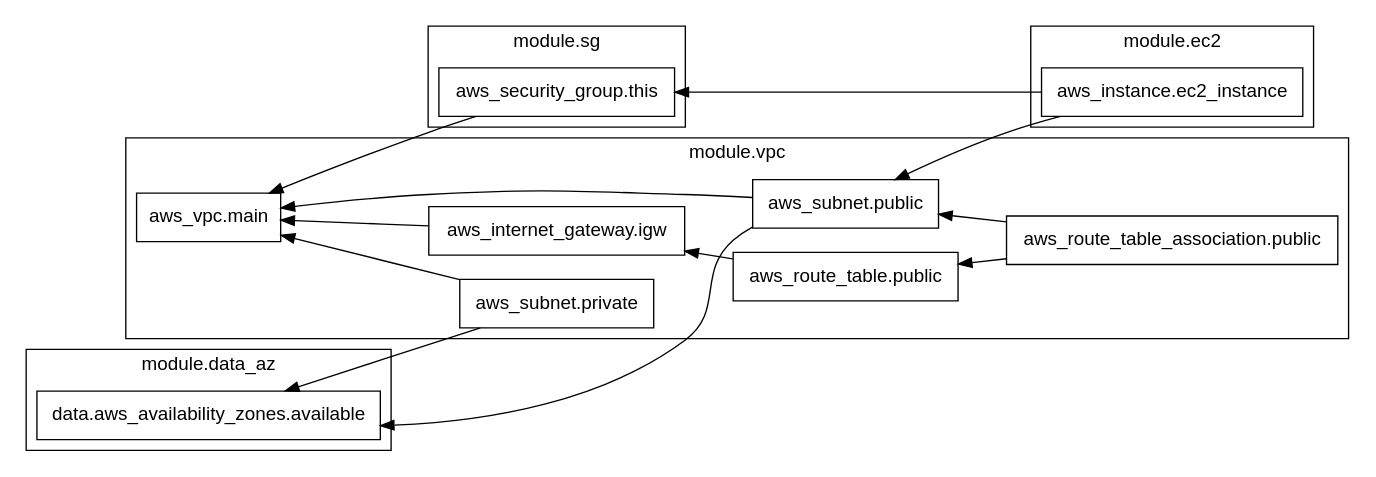
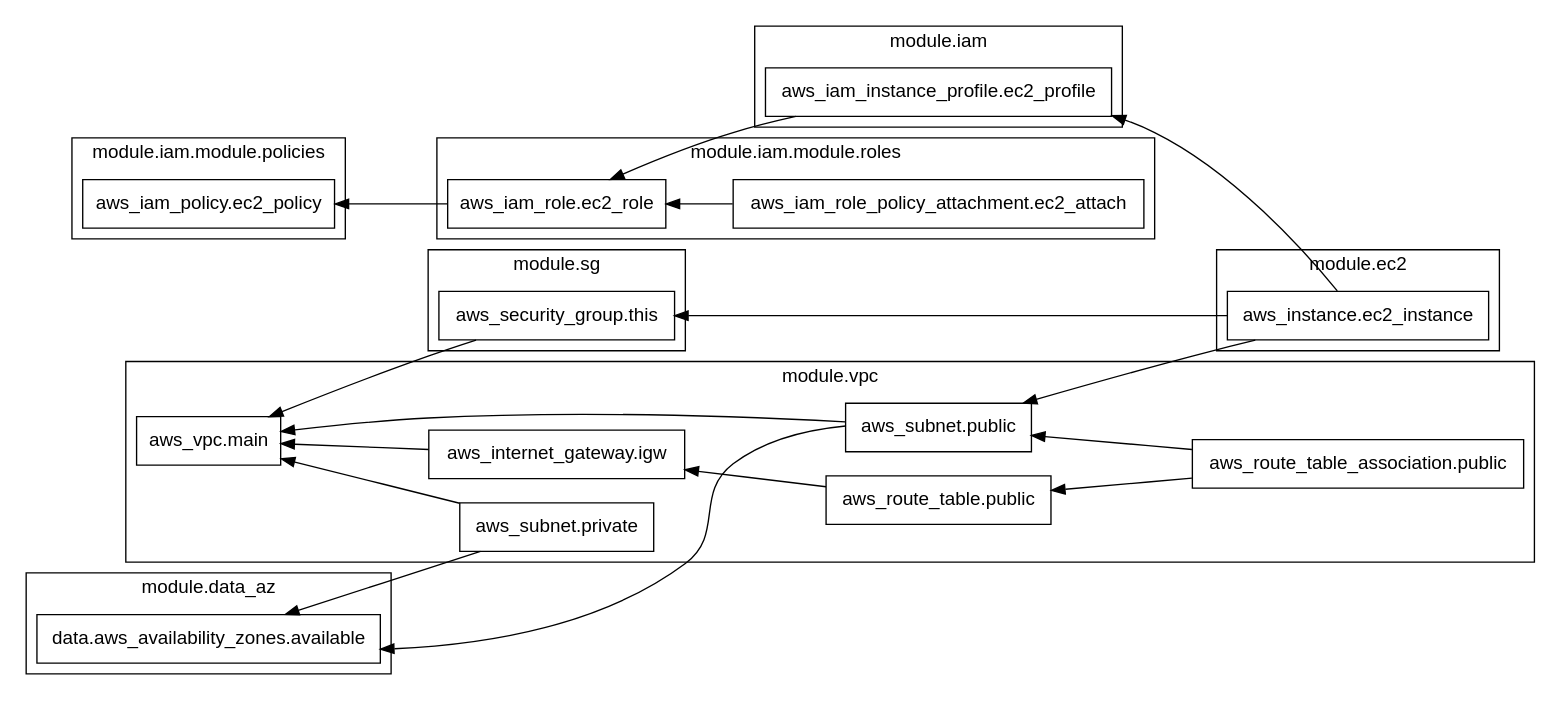
Before and after one commit to umarbkh/terraform-cicd: the diagram in graph.dot, drawn with Graphviz. The commit also changed 17 other files, not shown here.

Commit message:
adding iam/roles/policy modules

```diff
--- a/graph.dot
+++ b/graph.dot
@@ -1,40 +1,60 @@
 digraph G {
   rankdir = "RL";
   node [shape = rect, fontname = "sans-serif"];
   subgraph "cluster_module.data_az" {
     label = "module.data_az"
     fontname = "sans-serif"
     "module.data_az.data.aws_availability_zones.available" [label="data.aws_availability_zones.available"];
   }
   subgraph "cluster_module.ec2" {
     label = "module.ec2"
     fontname = "sans-serif"
     "module.ec2.aws_instance.ec2_instance" [label="aws_instance.ec2_instance"];
+  }
+  subgraph "cluster_module.iam" {
+    label = "module.iam"
+    fontname = "sans-serif"
+    "module.iam.aws_iam_instance_profile.ec2_profile" [label="aws_iam_instance_profile.ec2_profile"];
+  }
+  subgraph "cluster_module.iam.module.policies" {
+    label = "module.iam.module.policies"
+    fontname = "sans-serif"
+    "module.iam.module.policies.aws_iam_policy.ec2_policy" [label="aws_iam_policy.ec2_policy"];
+  }
+  subgraph "cluster_module.iam.module.roles" {
+    label = "module.iam.module.roles"
+    fontname = "sans-serif"
+    "module.iam.module.roles.aws_iam_role.ec2_role" [label="aws_iam_role.ec2_role"];
+    "module.iam.module.roles.aws_iam_role_policy_attachment.ec2_attach" [label="aws_iam_role_policy_attachment.ec2_attach"];
   }
   subgraph "cluster_module.sg" {
     label = "module.sg"
     fontname = "sans-serif"
     "module.sg.aws_security_group.this" [label="aws_security_group.this"];
   }
   subgraph "cluster_module.vpc" {
     label = "module.vpc"
     fontname = "sans-serif"
     "module.vpc.aws_internet_gateway.igw" [label="aws_internet_gateway.igw"];
     "module.vpc.aws_route_table.public" [label="aws_route_table.public"];
     "module.vpc.aws_route_table_association.public" [label="aws_route_table_association.public"];
     "module.vpc.aws_subnet.private" [label="aws_subnet.private"];
     "module.vpc.aws_subnet.public" [label="aws_subnet.public"];
     "module.vpc.aws_vpc.main" [label="aws_vpc.main"];
   }
+  "module.ec2.aws_instance.ec2_instance" -> "module.iam.aws_iam_instance_profile.ec2_profile";
   "module.ec2.aws_instance.ec2_instance" -> "module.sg.aws_security_group.this";
   "module.ec2.aws_instance.ec2_instance" -> "module.vpc.aws_subnet.public";
+  "module.iam.aws_iam_instance_profile.ec2_profile" -> "module.iam.module.roles.aws_iam_role.ec2_role";
+  "module.iam.module.roles.aws_iam_role.ec2_role" -> "module.iam.module.policies.aws_iam_policy.ec2_policy";
+  "module.iam.module.roles.aws_iam_role_policy_attachment.ec2_attach" -> "module.iam.module.roles.aws_iam_role.ec2_role";
   "module.sg.aws_security_group.this" -> "module.vpc.aws_vpc.main";
   "module.vpc.aws_internet_gateway.igw" -> "module.vpc.aws_vpc.main";
   "module.vpc.aws_route_table.public" -> "module.vpc.aws_internet_gateway.igw";
   "module.vpc.aws_route_table_association.public" -> "module.vpc.aws_route_table.public";
   "module.vpc.aws_route_table_association.public" -> "module.vpc.aws_subnet.public";
   "module.vpc.aws_subnet.private" -> "module.data_az.data.aws_availability_zones.available";
   "module.vpc.aws_subnet.private" -> "module.vpc.aws_vpc.main";
   "module.vpc.aws_subnet.public" -> "module.data_az.data.aws_availability_zones.available";
   "module.vpc.aws_subnet.public" -> "module.vpc.aws_vpc.main";
 }
```
